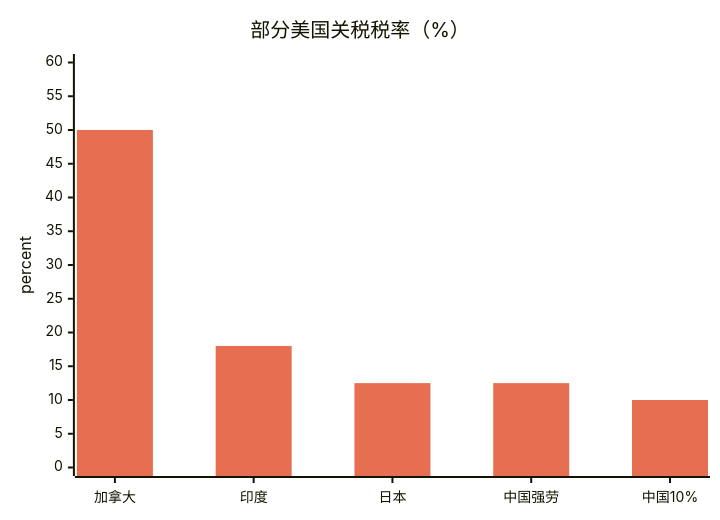
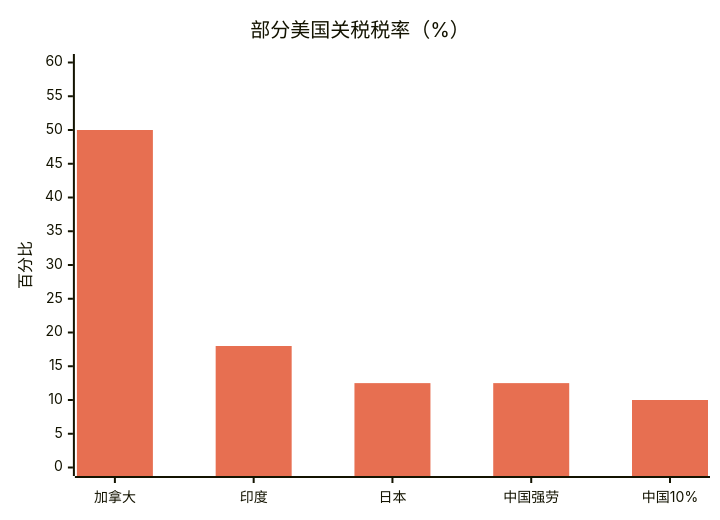
The first of 9 diagrams in Global-Trade-Intelligence-weekly-2026-11-09/index.zh.md (dureach/research), drawn with Mermaid before and after one commit. The commit also changed other lines of this file and 5 other files, not shown here.

````diff
--- a/Global-Trade-Intelligence-weekly-2026-11-09/index.zh.md
+++ b/Global-Trade-Intelligence-weekly-2026-11-09/index.zh.md
@@ -214,8 +214,8 @@
 ```mermaid
 %%{init: {'theme': 'base', 'themeVariables': {'xyChart': {'plotColorPalette': '#e76f51'}}}}%%
 xychart-beta
     title "部分美国关税税率（%）"
     x-axis ["加拿大", "印度", "日本", "中国强劳", "中国10%"]
-    y-axis "percent" 0 --> 60
+    y-axis "百分比" 0 --> 60
     bar [50, 18, 12.5, 12.5, 10]
 ```
````
